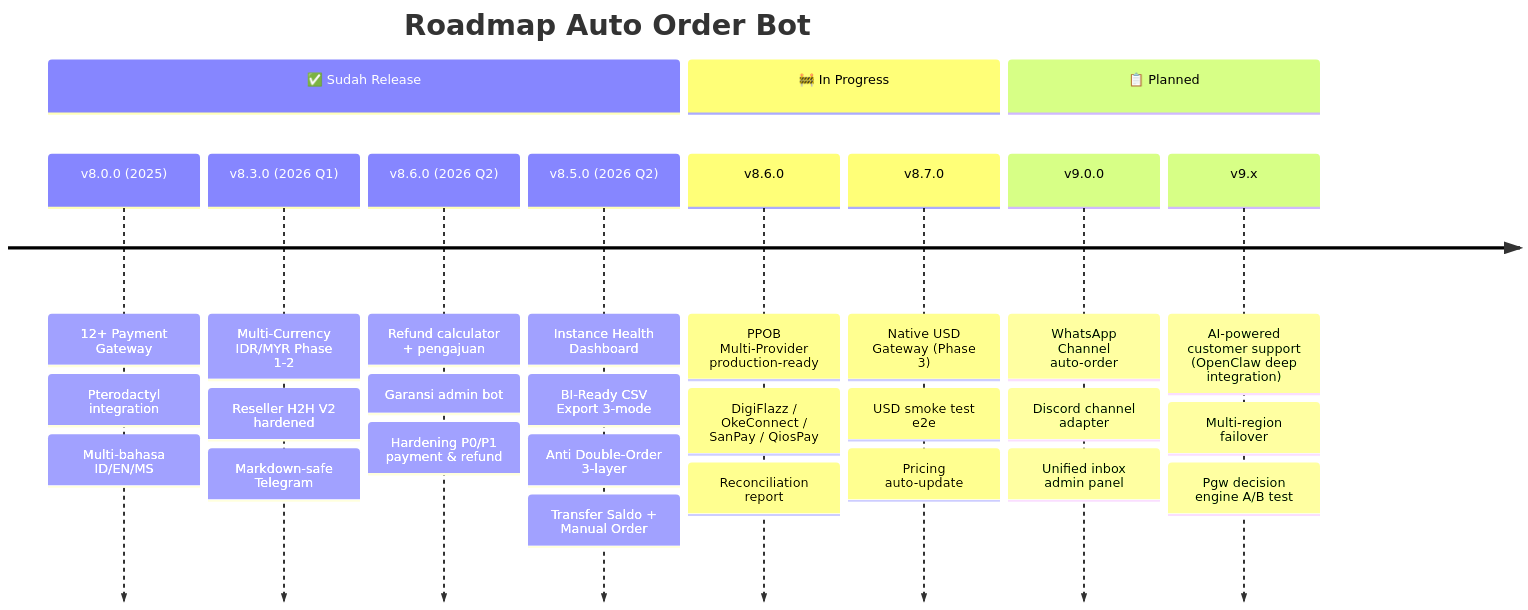
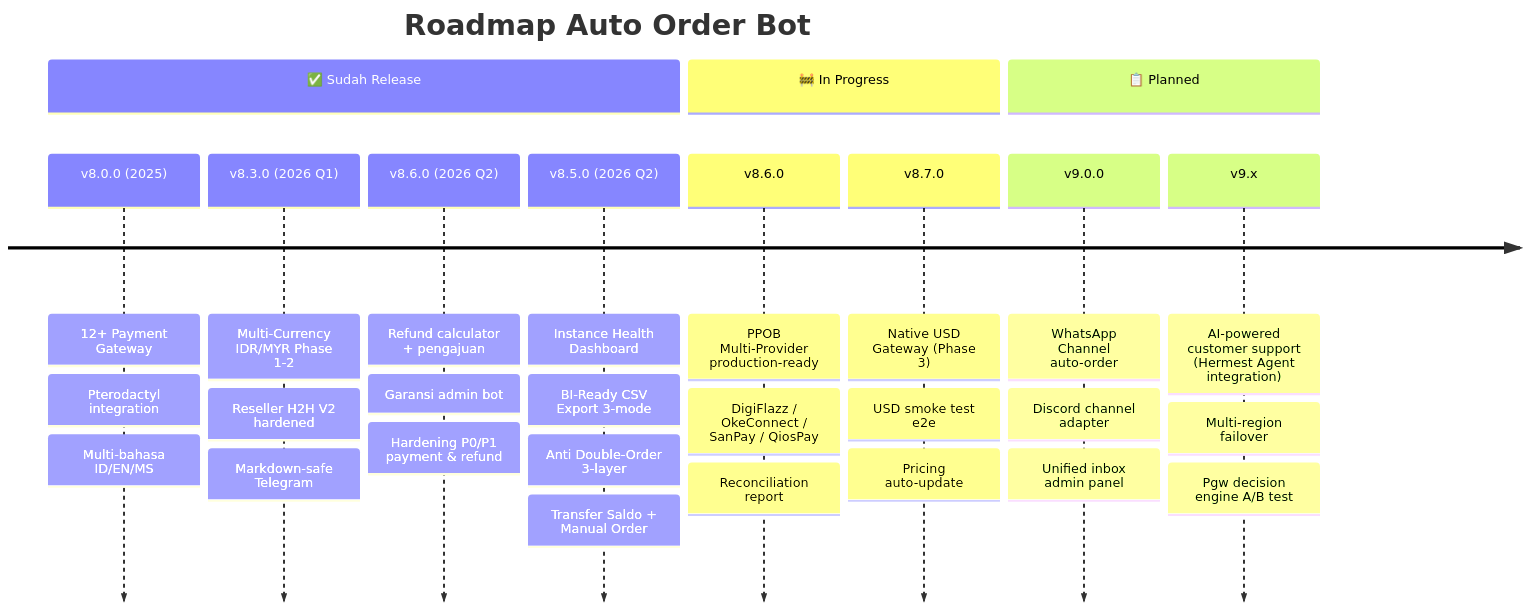
Diagram 11 of 11 in README.md (jundy779/Auto_Order_BOT), drawn with Mermaid before and after one commit. The commit also changed other lines of this file and 4 other files, not shown here.

````diff
--- a/README.md
+++ b/README.md
@@ -1086,15 +1096,15 @@
 ```mermaid
 timeline
     title Roadmap Auto Order Bot
     section ✅ Sudah Release
         v8.0.0 (2025) : 12+ Payment Gateway : Pterodactyl integration : Multi-bahasa ID/EN/MS
         v8.3.0 (2026 Q1) : Multi-Currency IDR/MYR Phase 1-2 : Reseller H2H V2 hardened : Markdown-safe Telegram
         v8.6.0 (2026 Q2) : Refund calculator + pengajuan : Garansi admin bot : Hardening P0/P1 payment & refund
         v8.5.0 (2026 Q2) : Instance Health Dashboard : BI-Ready CSV Export 3-mode : Anti Double-Order 3-layer : Transfer Saldo + Manual Order
     section 🚧 In Progress
         v8.6.0 : PPOB Multi-Provider production-ready : DigiFlazz / OkeConnect / SanPay / QiosPay : Reconciliation report
         v8.7.0 : Native USD Gateway (Phase 3) : USD smoke test e2e : Pricing auto-update
     section 📋 Planned
         v9.0.0 : WhatsApp Channel auto-order : Discord channel adapter : Unified inbox admin panel
-        v9.x : AI-powered customer support (OpenClaw deep integration) : Multi-region failover : Pgw decision engine A/B test
+        v9.x : AI-powered customer support (Hermest Agent integration) : Multi-region failover : Pgw decision engine A/B test
 ```
````
